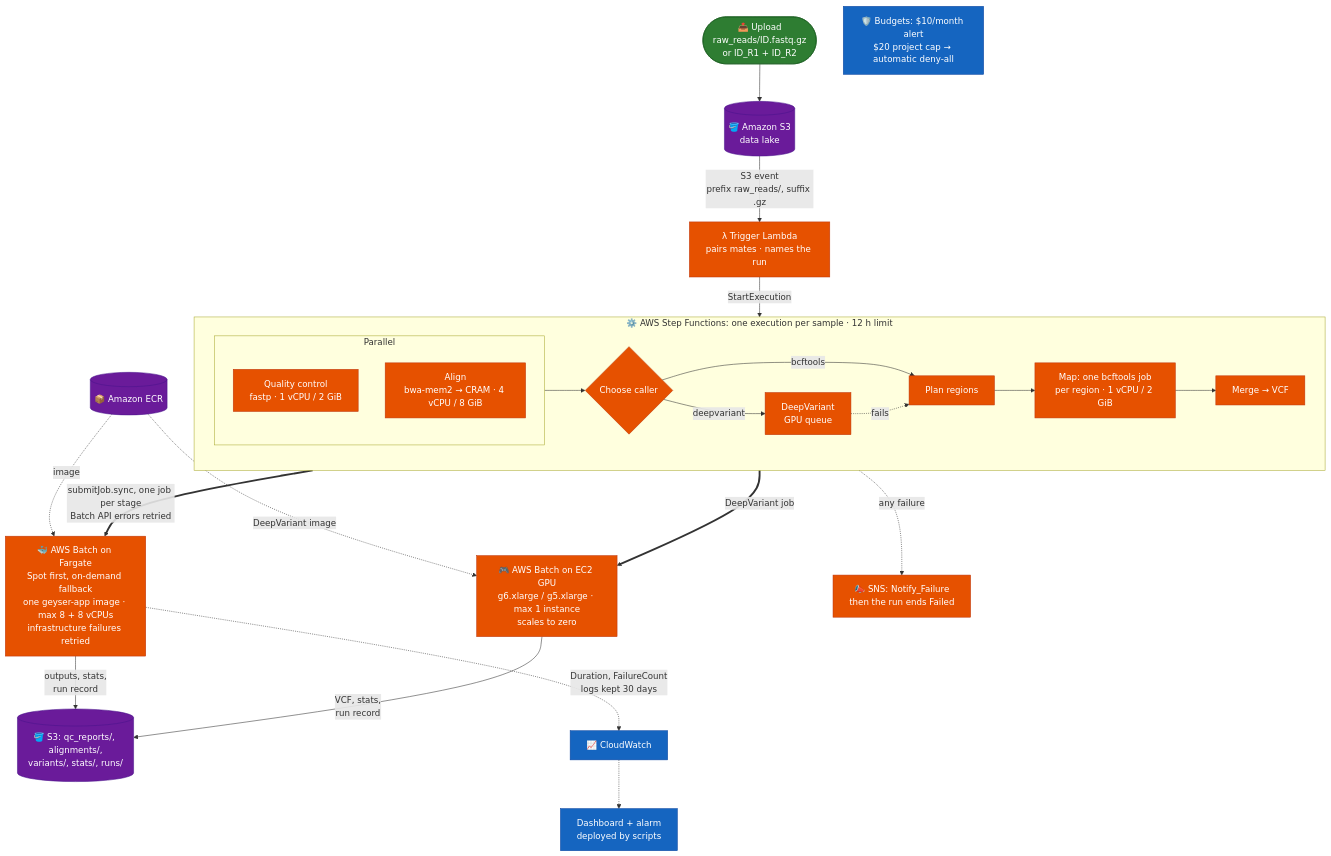
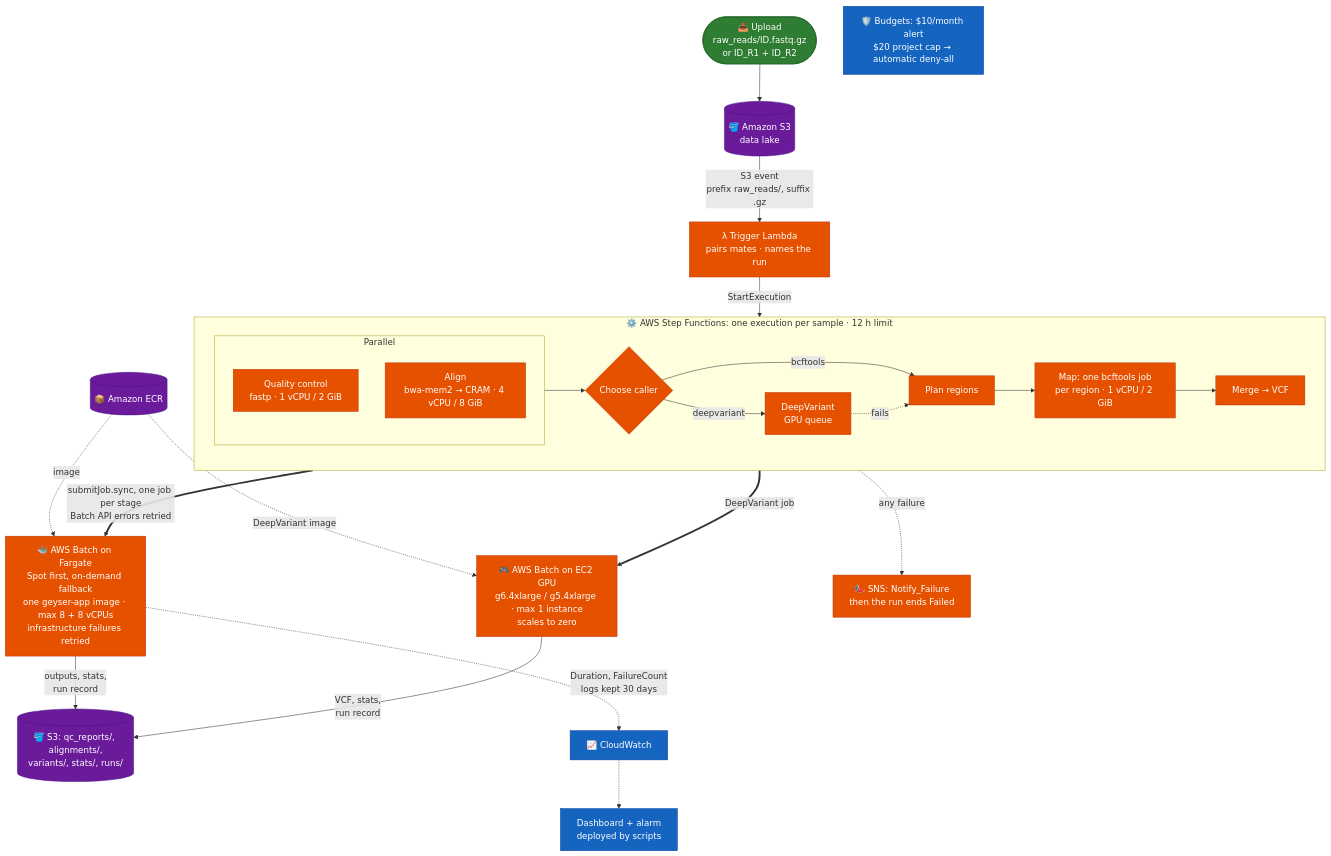
Before and after one commit to Harry5haw/Geyser-Genomics: the second of 4 diagrams in README.md, drawn with Mermaid. The commit also changed other lines of this file and 6 other files, not shown here.

First line of the commit message:
v1.5 GPU environment: g6.4xlarge/g5.4xlarge, max 16 vCPU, 300 GB root, 16 vCPU DeepVariant job

````diff
--- a/README.md
+++ b/README.md
@@ -235,39 +235,39 @@
 ```mermaid
 flowchart TB
     U(["📤 Upload<br/>raw_reads/ID.fastq.gz<br/>or ID_R1 + ID_R2"]) --> S3[("🪣 Amazon S3<br/>data lake")]
     S3 -->|"S3 event<br/>prefix raw_reads/, suffix .gz"| L["λ Trigger Lambda<br/>pairs mates · names the run"]
     L -->|"StartExecution"| SFN
 
     subgraph SFN ["⚙️ AWS Step Functions: one execution per sample · 12 h limit"]
         direction LR
         subgraph PAR ["Parallel"]
             direction TB
             SF1["Quality control<br/>fastp · 1 vCPU / 2 GiB"]
             SF2["Align<br/>bwa-mem2 → CRAM · 4 vCPU / 8 GiB"]
         end
         PAR --> CC{"Choose caller"}
         CC -->|"bcftools"| PLAN["Plan regions"] --> MAP["Map: one bcftools job<br/>per region · 1 vCPU / 2 GiB"] --> MERGE["Merge → VCF"]
         CC -->|"deepvariant"| DVS["DeepVariant<br/>GPU queue"]
         DVS -.->|"fails"| PLAN
     end
 
     SFN ==>|"submitJob.sync, one job per stage<br/>Batch API errors retried"| BATCH["🐳 AWS Batch on Fargate<br/>Spot first, on-demand fallback<br/>one geyser-app image · max 8 + 8 vCPUs<br/>infrastructure failures retried"]
-    SFN ==>|"DeepVariant job"| GPU["🎮 AWS Batch on EC2 GPU<br/>g6.xlarge / g5.xlarge · max 1 instance<br/>scales to zero"]
+    SFN ==>|"DeepVariant job"| GPU["🎮 AWS Batch on EC2 GPU<br/>g6.4xlarge / g5.4xlarge · max 1 instance<br/>scales to zero"]
     SFN -.->|"any failure"| SNS["📣 SNS: Notify_Failure<br/>then the run ends Failed"]
     ECR[("📦 Amazon ECR")] -.->|"image"| BATCH
     ECR -.->|"DeepVariant image"| GPU
     BATCH -->|"outputs, stats,<br/>run record"| OUT[("🪣 S3: qc_reports/, alignments/,<br/>variants/, stats/, runs/")]
     GPU -->|"VCF, stats,<br/>run record"| OUT
     BATCH -.->|"Duration, FailureCount<br/>logs kept 30 days"| CW["📈 CloudWatch"]
     CW -.-> DASH["Dashboard + alarm<br/>deployed by scripts"]
     BUD["🛡️ Budgets: $10/month alert<br/>$20 project cap → automatic deny-all"]
 
     classDef user fill:#2E7D32,stroke:#1B5E20,color:#fff
     classDef store fill:#6A1B9A,stroke:#4A148C,color:#fff
     classDef aws fill:#E65100,stroke:#BF360C,color:#fff
     classDef obs fill:#1565C0,stroke:#0D47A1,color:#fff
     class U user
     class S3,ECR,OUT store
     class L,SF1,SF2,CC,PLAN,MAP,MERGE,DVS,BATCH,GPU,SNS aws
     class CW,BUD,DASH obs
 ```
````
